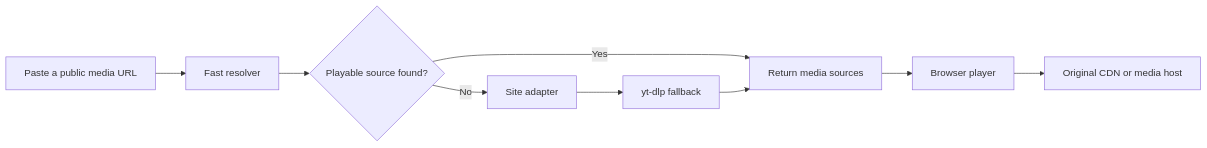
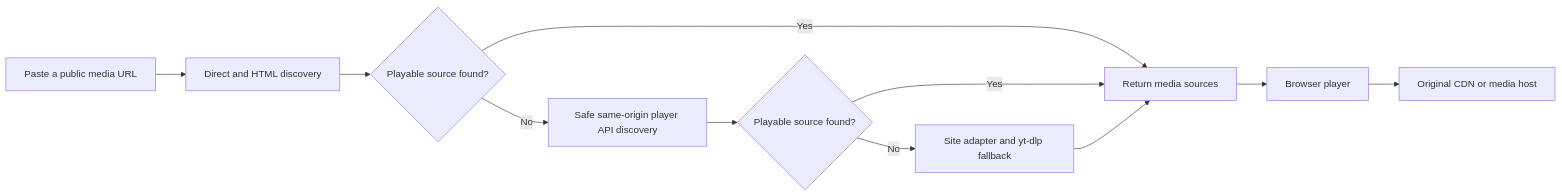
Before and after one commit to Dimasnotfound/JustWatch: the diagram in README.md, drawn with Mermaid. The commit also changed other lines of this file and 3 other files, not shown here.

````diff
--- a/README.md
+++ b/README.md
@@ -86,11 +90,13 @@
 ```mermaid
 flowchart LR
-    A[Paste a public media URL] --> B[Fast resolver]
+    A[Paste a public media URL] --> B[Direct and HTML discovery]
     B --> C{Playable source found?}
-    C -->|Yes| F[Return media sources]
-    C -->|No| D[Site adapter]
-    D --> E[yt-dlp fallback]
-    E --> F
-    F --> G[Browser player]
-    G --> H[Original CDN or media host]
+    C -->|Yes| G[Return media sources]
+    C -->|No| D[Safe same-origin player API discovery]
+    D --> E{Playable source found?}
+    E -->|Yes| G
+    E -->|No| F[Site adapter and yt-dlp fallback]
+    F --> G
+    G --> H[Browser player]
+    H --> I[Original CDN or media host]
 ```
````
